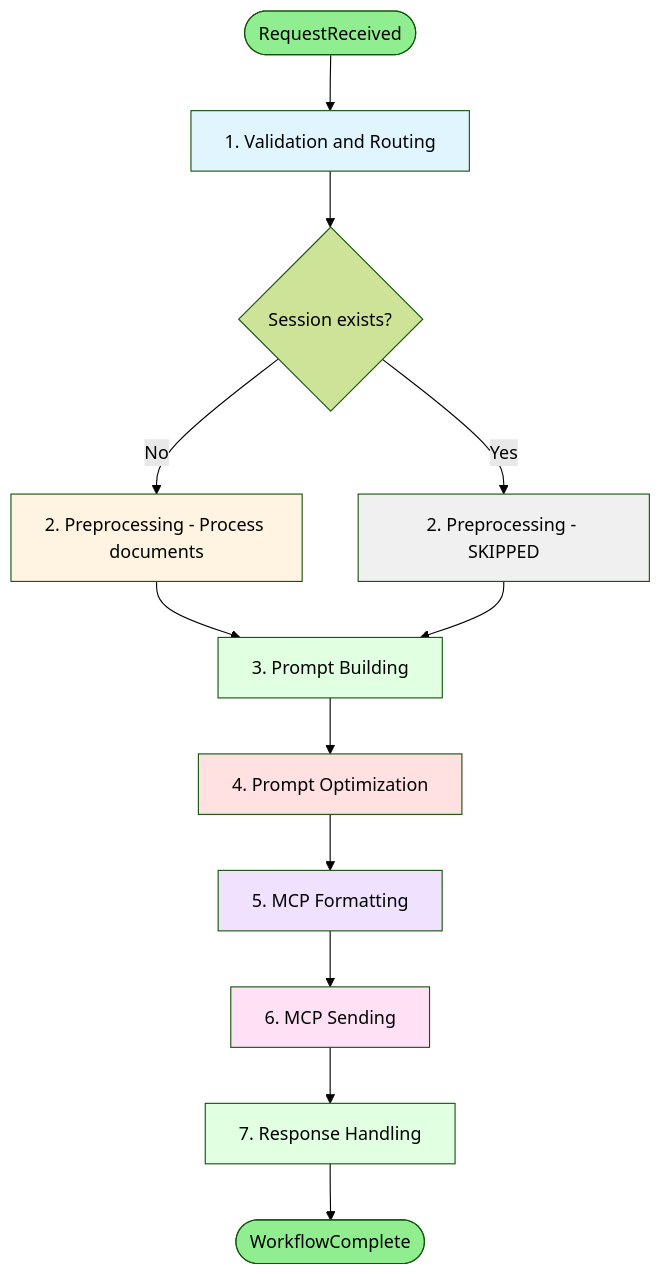
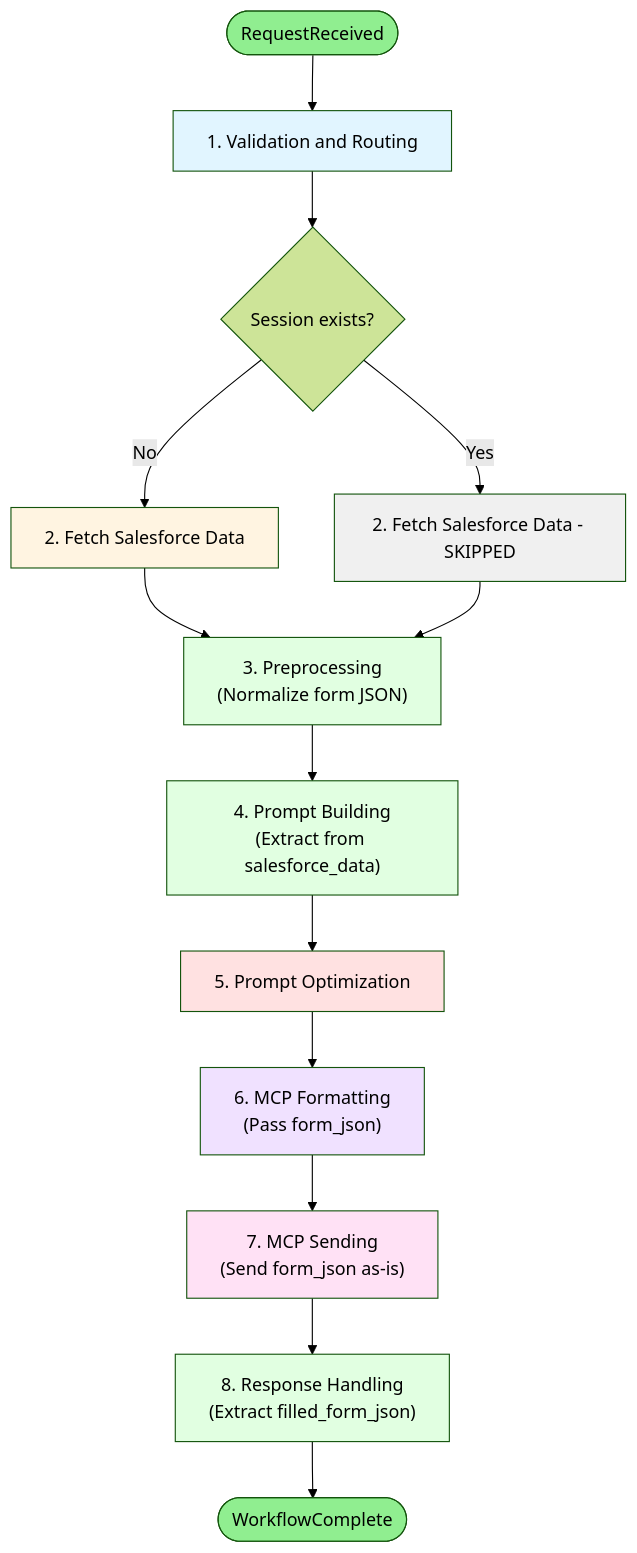
Before and after one commit to Yasser1AITLAZIZ/sfd-clm: the fifth of 6 diagrams in docs/ARCHITECTURE.md, drawn with Mermaid (forest theme). The commit also changed other lines of this file and 40 other files, not shown here.

Commit message:
new architecture setup

````diff
--- a/docs/ARCHITECTURE.md
+++ b/docs/ARCHITECTURE.md
@@ -131,28 +245,30 @@
 ```mermaid
 flowchart TD
     START([RequestReceived]) --> STEP1["1. Validation and Routing"]
     STEP1 --> CHECK{"Session exists?"}
   
-    CHECK -->|No| STEP2A["2. Preprocessing - Process documents"]
-    CHECK -->|Yes| STEP2B["2. Preprocessing - SKIPPED"]
+    CHECK -->|No| STEP2A["2. Fetch Salesforce Data"]
+    CHECK -->|Yes| STEP2B["2. Fetch Salesforce Data - SKIPPED"]
   
-    STEP2A --> STEP3["3. Prompt Building"]
+    STEP2A --> STEP3["3. Preprocessing<br/>(Normalize form JSON)"]
     STEP2B --> STEP3
   
-    STEP3 --> STEP4["4. Prompt Optimization"]
-    STEP4 --> STEP5["5. MCP Formatting"]
-    STEP5 --> STEP6["6. MCP Sending"]
-    STEP6 --> STEP7["7. Response Handling"]
-    STEP7 --> END([WorkflowComplete])
+    STEP3 --> STEP4["4. Prompt Building<br/>(Extract from salesforce_data)"]
+    STEP4 --> STEP5["5. Prompt Optimization"]
+    STEP5 --> STEP6["6. MCP Formatting<br/>(Pass form_json)"]
+    STEP6 --> STEP7["7. MCP Sending<br/>(Send form_json as-is)"]
+    STEP7 --> STEP8["8. Response Handling<br/>(Extract filled_form_json)"]
+    STEP8 --> END([WorkflowComplete])
   
     style START fill:#90EE90
     style STEP1 fill:#e1f5ff
     style STEP2A fill:#fff4e1
     style STEP2B fill:#f0f0f0
     style STEP3 fill:#e1ffe1
-    style STEP4 fill:#ffe1e1
-    style STEP5 fill:#f0e1ff
-    style STEP6 fill:#ffe1f5
-    style STEP7 fill:#e1ffe1
+    style STEP4 fill:#e1ffe1
+    style STEP5 fill:#ffe1e1
+    style STEP6 fill:#f0e1ff
+    style STEP7 fill:#ffe1f5
+    style STEP8 fill:#e1ffe1
     style END fill:#90EE90
 ```
````
